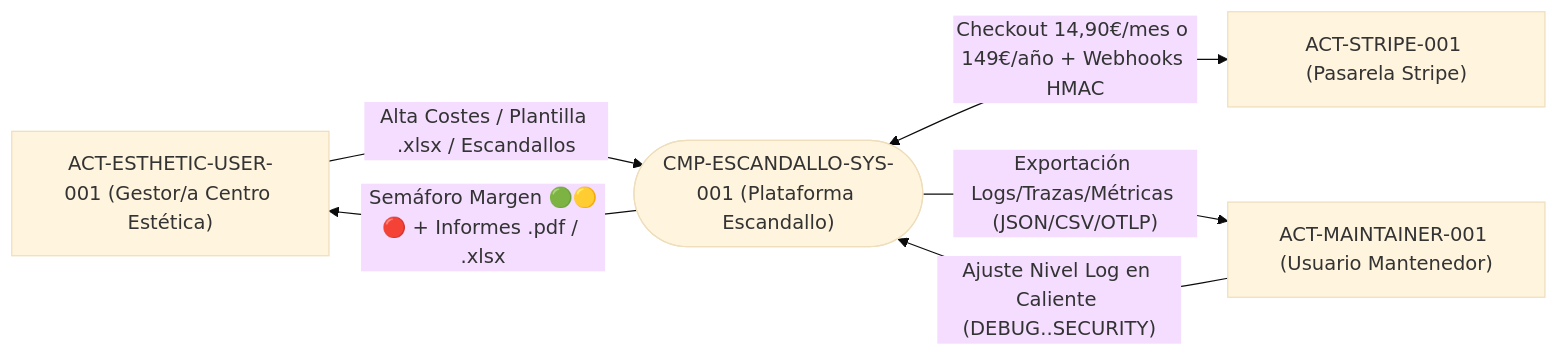
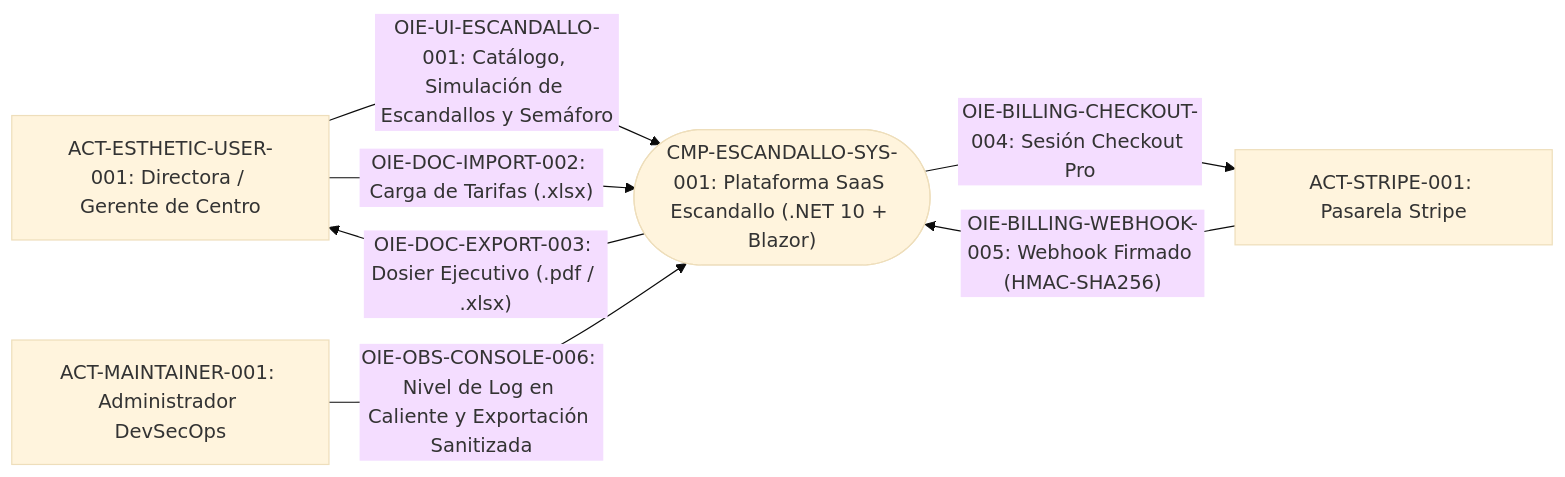
One commit to altromon/Escandallo changed the first of 2 diagrams in specs/architecture/03-context-and-scope.md. Above: the diagram before and after it, drawn with Mermaid (base theme). The commit also changed other lines of this file and 125 other files, not shown here.

````diff
--- a/specs/architecture/03-context-and-scope.md
+++ b/specs/architecture/03-context-and-scope.md
@@ -30,8 +32,9 @@
 ```mermaid
 graph LR
-    EstheticUser["ACT-ESTHETIC-USER-001 (Gestor/a Centro Estética)"] -->|"Alta Costes / Plantilla .xlsx / Escandallos"| System(["CMP-ESCANDALLO-SYS-001 (Plataforma Escandallo)"])
-    System -->|"Semáforo Margen 🟢🟡🔴 + Informes .pdf / .xlsx"| EstheticUser
-    System <-->|"Checkout 14,90€/mes o 149€/año + Webhooks HMAC"| Stripe["ACT-STRIPE-001 (Pasarela Stripe)"]
-    Maintainer["ACT-MAINTAINER-001 (Usuario Mantenedor)"] -->|"Ajuste Nivel Log en Caliente (DEBUG..SECURITY)"| System
-    System -->|"Exportación Logs/Trazas/Métricas (JSON/CSV/OTLP)"| Maintainer
+    EstheticUser["ACT-ESTHETIC-USER-001: Directora / Gerente de Centro"] -->|"OIE-UI-ESCANDALLO-001: Catálogo, Simulación de Escandallos y Semáforo"| System(["CMP-ESCANDALLO-SYS-001: Plataforma SaaS Escandallo (.NET 10 + Blazor)"])
+    EstheticUser -->|"OIE-DOC-IMPORT-002: Carga de Tarifas (.xlsx)"| System
+    System -->|"OIE-DOC-EXPORT-003: Dosier Ejecutivo (.pdf / .xlsx)"| EstheticUser
+    System -->|"OIE-BILLING-CHECKOUT-004: Sesión Checkout Pro"| Stripe["ACT-STRIPE-001: Pasarela Stripe"]
+    Stripe -->|"OIE-BILLING-WEBHOOK-005: Webhook Firmado (HMAC-SHA256)"| System
+    Maintainer["ACT-MAINTAINER-001: Administrador DevSecOps"] -->|"OIE-OBS-CONSOLE-006: Nivel de Log en Caliente y Exportación Sanitizada"| System
 ```
````
